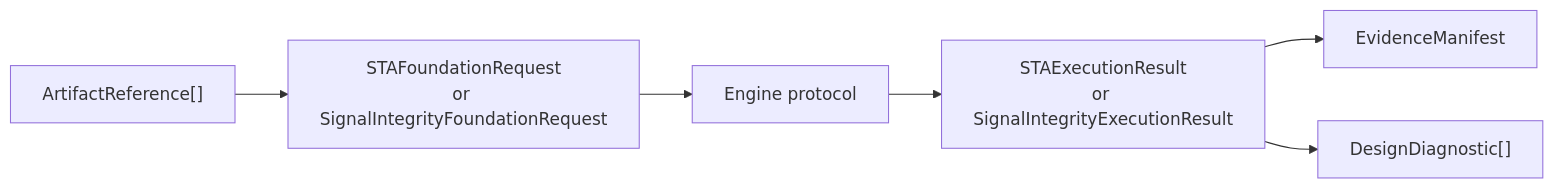
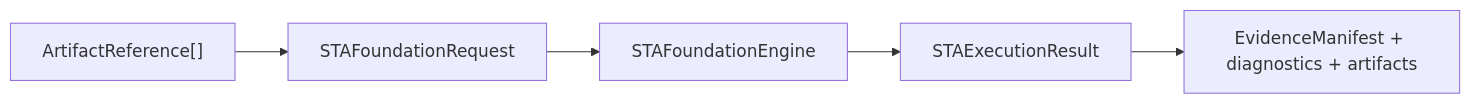
Before and after one commit to 1amageek/TimingEngine: the second of 2 diagrams in README.md, drawn with Mermaid. The commit also changed other lines of this file and 43 other files, not shown here.

````diff
--- a/README.md
+++ b/README.md
@@ -41,8 +33,7 @@
 ```mermaid
 flowchart LR
-    Artifacts["ArtifactReference[]"] --> Request["STAFoundationRequest\nor SignalIntegrityFoundationRequest"]
-    Request --> Engine["Engine protocol"]
-    Engine --> Result["STAExecutionResult\nor SignalIntegrityExecutionResult"]
-    Result --> Evidence["EvidenceManifest"]
-    Result --> Diagnostics["DesignDiagnostic[]"]
+    Artifacts["ArtifactReference[]"] --> Request["STAFoundationRequest"]
+    Request --> Engine["STAFoundationEngine"]
+    Engine --> Result["STAExecutionResult"]
+    Result --> Provenance["EvidenceManifest + diagnostics + artifacts"]
 ```
````
